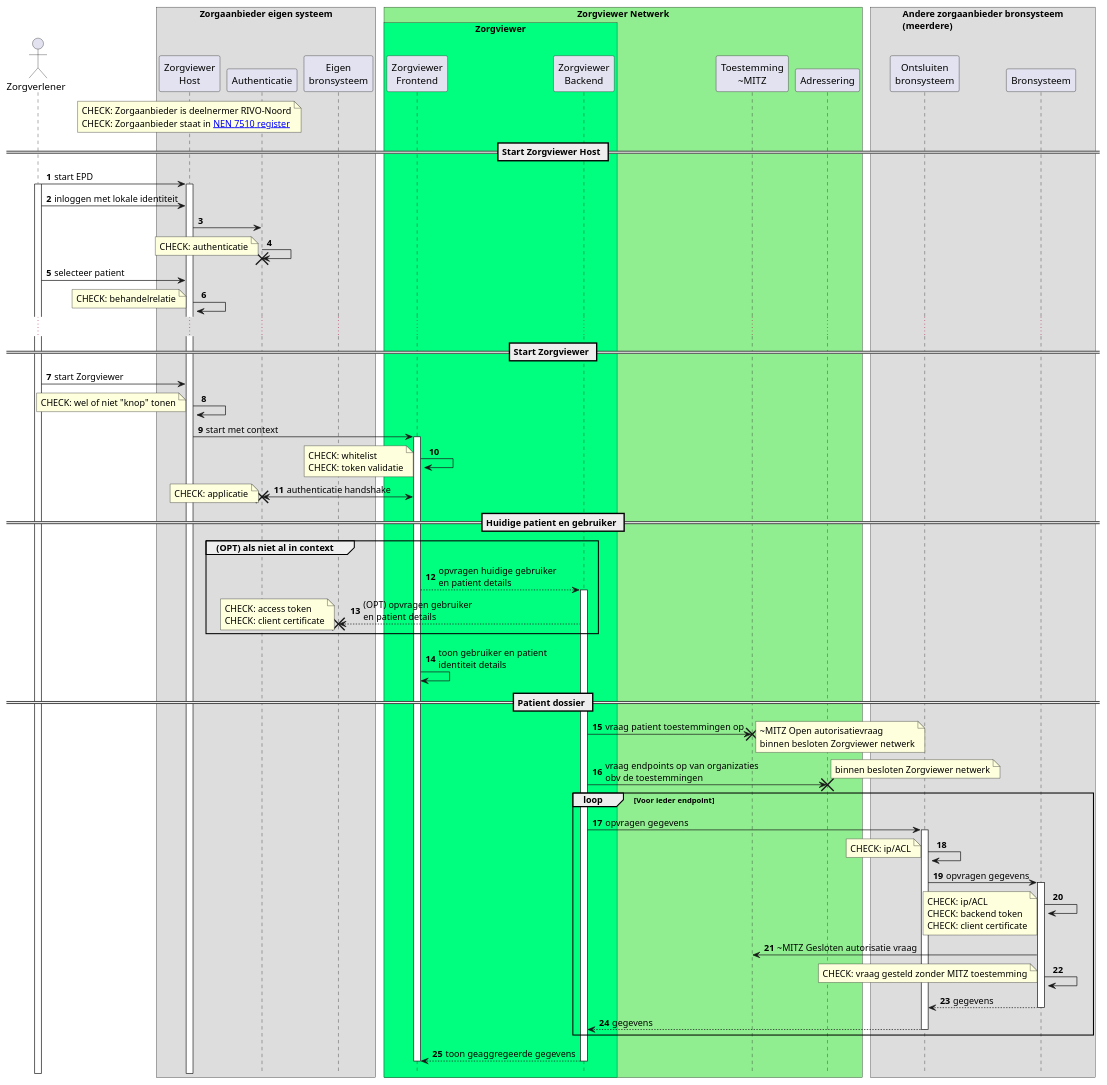
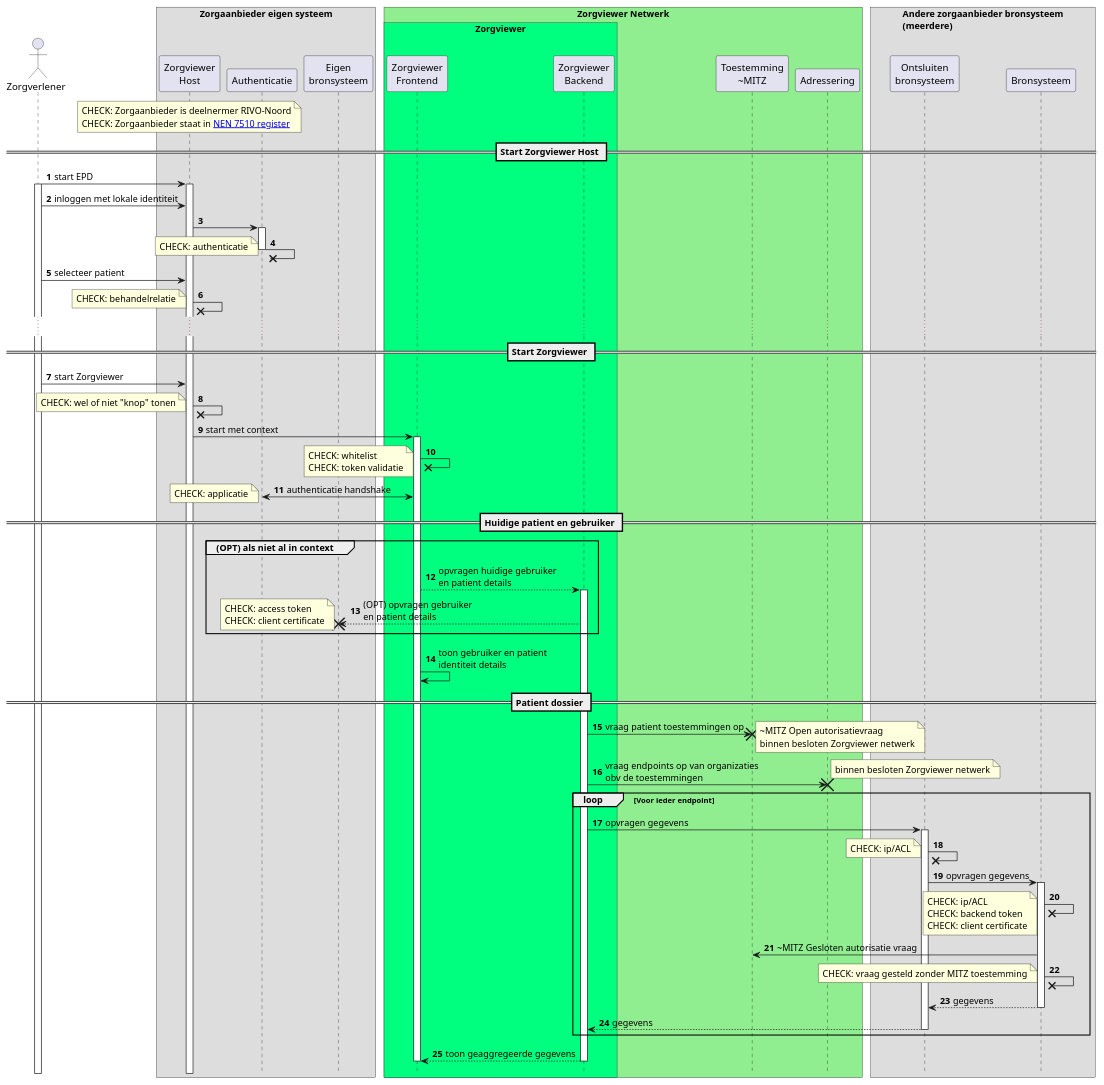
Before and after one commit to RIVO-Noord/zorgviewer-ig: the diagram in input/images-source/Security-Design-seq.plantuml, drawn with PlantUML.

```diff
--- a/input/images-source/Security-Design-seq.plantuml
+++ b/input/images-source/Security-Design-seq.plantuml
@@ -1,134 +1,129 @@
 @startuml
 hide footbox
 autonumber
 
 actor Zorgverlener
 box "Zorgaanbieder eigen systeem"
   participant "Zorgviewer\nHost" as Host
   participant Authenticatie
   participant "Eigen\nbronsysteem" as EBron
 end box
 
 !pragma teoz true
 box "Zorgviewer Netwerk" #LightGreen
   box "Zorgviewer" #SpringGreen
     participant "Zorgviewer\nFrontend" as ZVFE
     participant "Zorgviewer\nBackend" as ZVBE
   end box
   participant "Toestemming\n~MITZ" as Toestemming
   participant Adressering
 end box
 
 box "Andere zorgaanbieder bronsysteem\n(meerdere)"
   participant "Ontsluiten\nbronsysteem" as AOBron
   participant "Bronsysteem" as ABron
 end box
 
 note over Host
   CHECK: Zorgaanbieder is deelnermer RIVO-Noord
   CHECK: Zorgaanbieder staat in [[https://www.nen.nl/certificatie-en-keurmerken-nen-7510 NEN 7510 register]]
 end note
 
 == Start Zorgviewer Host ==
 
 Zorgverlener->Host: start EPD
 activate Zorgverlener
 activate Host
 Zorgverlener->Host: inloggen met lokale identiteit
 Host->Authenticatie
-Authenticatie->Authenticatie
+activate Authenticatie
+Authenticatie ->x Authenticatie
 note left
   CHECK: authenticatie
 end note
-destroy Authenticatie
+deactivate Authenticatie
 Zorgverlener->Host: selecteer patient
-Host->Host++
+Host ->x Host
 note left
   CHECK: behandelrelatie
 end note
-destroy Host
 
 ...
 
 == Start Zorgviewer ==
 
 Zorgverlener->Host: start Zorgviewer
-Host->Host++
-destroy Host
+Host ->x Host
 note left
   CHECK: wel of niet "knop" tonen
 end note
 Host->ZVFE: start met context
 activate ZVFE
-ZVFE->ZVFE++
+ZVFE ->x ZVFE
 note left
   CHECK: whitelist
   CHECK: token validatie
 end note
-destroy ZVFE
 ZVFE<->Authenticatie: authenticatie handshake
 note left
   CHECK: applicatie
 end note
 destroy Authenticatie
 
 == Huidige patient en gebruiker ==
 
 group (OPT) als niet al in context
   ZVFE-->ZVBE: opvragen huidige gebruiker\nen patient details
   activate ZVBE
   ZVBE-->EBron: (OPT) opvragen gebruiker\nen patient details
   note left
     CHECK: access token
     CHECK: client certificate
   end note
   destroy EBron
 end
 ZVFE->ZVFE: toon gebruiker en patient\nidentiteit details
 
 == Patient dossier ==
 
 ZVBE->Toestemming: vraag patient toestemmingen op
 note right
   ~MITZ Open autorisatievraag
   binnen besloten Zorgviewer netwerk
 end note
 destroy Toestemming
 ZVBE->Adressering: vraag endpoints op van organizaties\nobv de toestemmingen
 note right
   binnen besloten Zorgviewer netwerk
 end note
 destroy Adressering
 loop Voor ieder endpoint
   ZVBE->AOBron: opvragen gegevens
   activate AOBron
-  AOBron->AOBron++
+  AOBron ->x AOBron
   note left
     CHECK: ip/ACL
   end note
-  destroy AOBron
   AOBron->ABron: opvragen gegevens
   activate ABron
-  ABron->ABron++
+  ABron ->x ABron
   note left
     CHECK: ip/ACL
     CHECK: backend token
     CHECK: client certificate
   end note
-  destroy ABron
   ABron->Toestemming: ~MITZ Gesloten autorisatie vraag
-  ABron->ABron++
+  ABron ->x ABron
   note left
     CHECK: vraag gesteld zonder MITZ toestemming
   end note
-  destroy ABron
   ABron-->AOBron: gegevens
   deactivate ABron
   AOBron-->ZVBE: gegevens
   deactivate AOBron
 end
 ZVBE-->ZVFE: toon geaggregeerde gegevens
 deactivate ZVBE
 deactivate ZVFE
 
 @enduml
```
